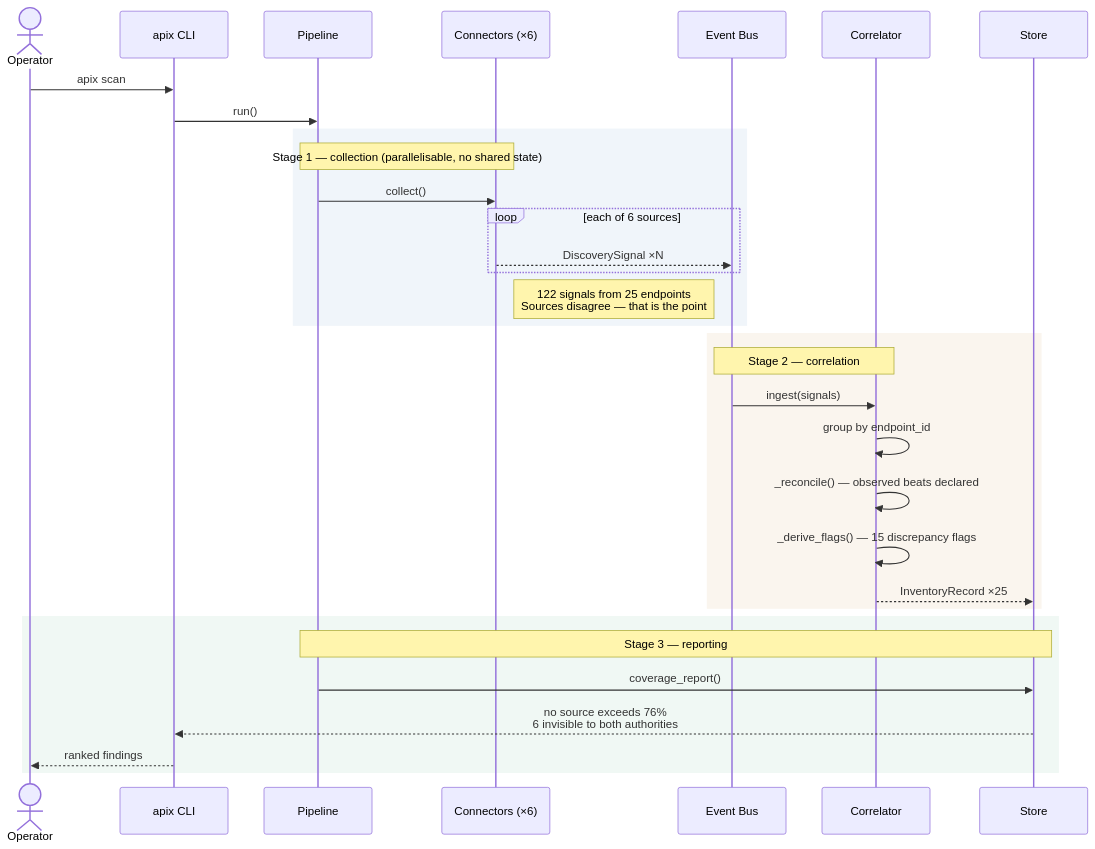
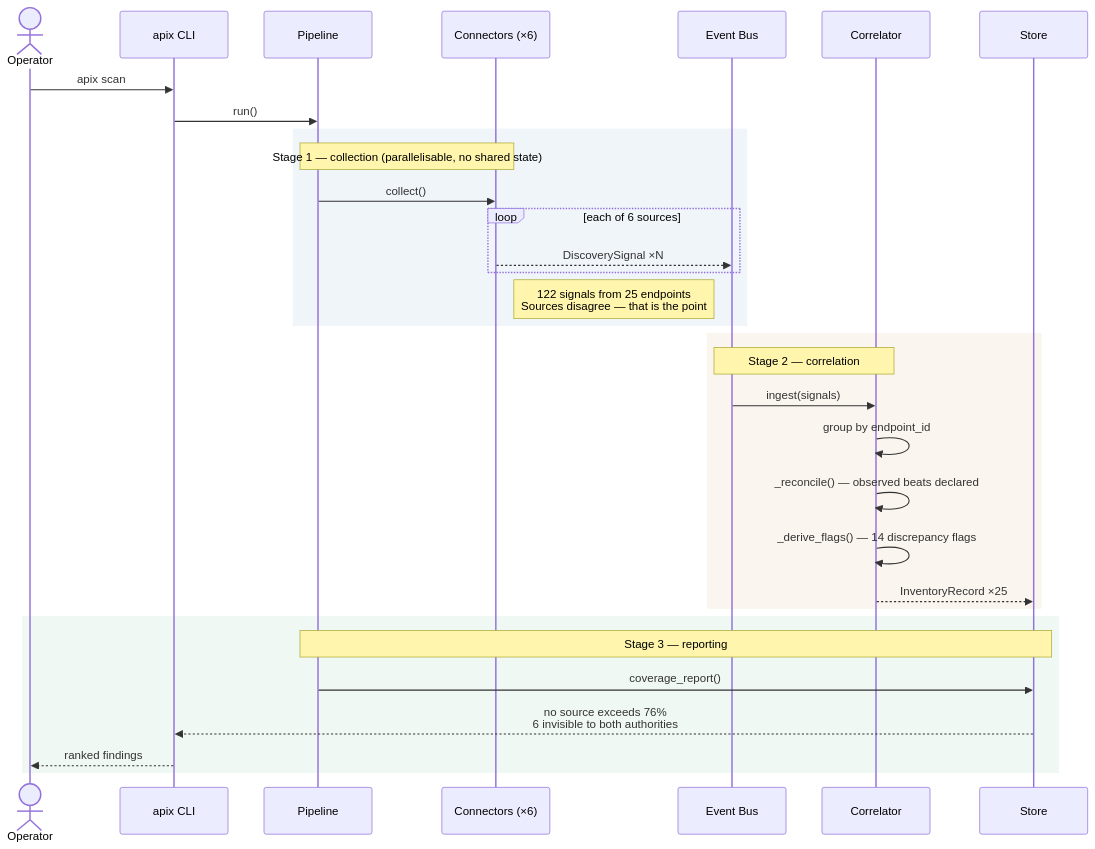
Before and after one commit to shivanshjindal28/api-exorcist: the diagram in docs/diagrams/sequence-scan.mmd, drawn with Mermaid. The commit also changed 21 other files, not shown here.

```diff
--- a/docs/diagrams/sequence-scan.mmd
+++ b/docs/diagrams/sequence-scan.mmd
@@ -1,36 +1,36 @@
 sequenceDiagram
     actor OP as Operator
     participant CLI as apix CLI
     participant PIPE as Pipeline
     participant CN as Connectors (×6)
     participant BUS as Event Bus
     participant COR as Correlator
     participant ST as Store
 
     OP->>CLI: apix scan
     CLI->>PIPE: run()
 
     rect rgb(240,245,250)
         note over PIPE,CN: Stage 1 — collection (parallelisable, no shared state)
         PIPE->>CN: collect()
         loop each of 6 sources
             CN-->>BUS: DiscoverySignal ×N
         end
         note right of CN: 122 signals from 25 endpoints<br/>Sources disagree — that is the point
     end
 
     rect rgb(250,245,238)
         note over BUS,COR: Stage 2 — correlation
         BUS->>COR: ingest(signals)
         COR->>COR: group by endpoint_id
         COR->>COR: _reconcile() — observed beats declared
-        COR->>COR: _derive_flags() — 15 discrepancy flags
+        COR->>COR: _derive_flags() — 14 discrepancy flags
         COR-->>ST: InventoryRecord ×25
     end
 
     rect rgb(240,248,244)
         note over PIPE,ST: Stage 3 — reporting
         PIPE->>ST: coverage_report()
         ST-->>CLI: no source exceeds 76%<br/>6 invisible to both authorities
         CLI-->>OP: ranked findings
     end
```
